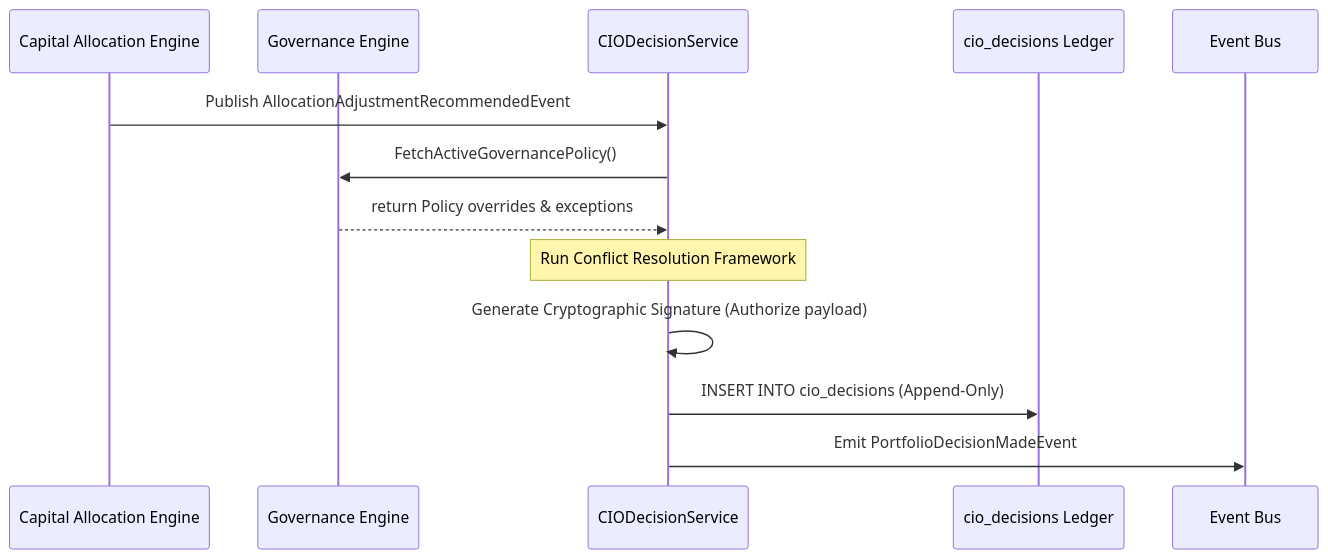
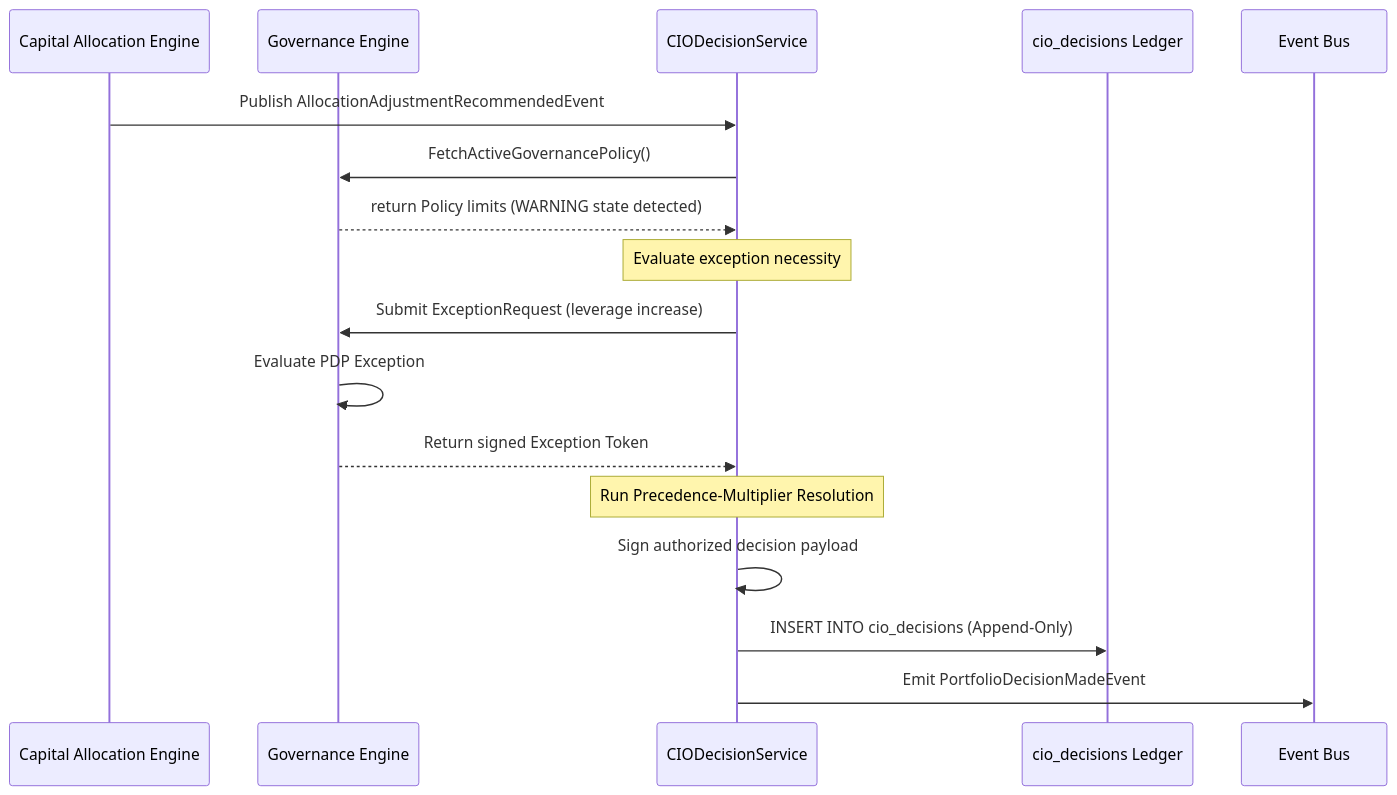
The second of 3 diagrams in docs/architecture/22-cio-engine.md (skeithnight/karsa), drawn with Mermaid before and after one commit. The commit also changed other lines of this file and 55 other files, not shown here.

````diff
--- a/docs/architecture/22-cio-engine.md
+++ b/docs/architecture/22-cio-engine.md
@@ -280,16 +217,20 @@
 ```mermaid
 sequenceDiagram
     participant CA as Capital Allocation Engine
     participant GE as Governance Engine
     participant CS as CIODecisionService
     participant DL as cio_decisions Ledger
     participant Bus as Event Bus
     
     CA->>CS: Publish AllocationAdjustmentRecommendedEvent
     CS->>GE: FetchActiveGovernancePolicy()
-    GE-->>CS: return Policy overrides & exceptions
-    Note over CS: Run Conflict Resolution Framework
-    CS->>CS: Generate Cryptographic Signature (Authorize payload)
+    GE-->>CS: return Policy limits (WARNING state detected)
+    Note over CS: Evaluate exception necessity
+    CS->>GE: Submit ExceptionRequest (leverage increase)
+    GE->>GE: Evaluate PDP Exception
+    GE-->>CS: Return signed Exception Token
+    Note over CS: Run Precedence-Multiplier Resolution
+    CS->>CS: Sign authorized decision payload
     CS->>DL: INSERT INTO cio_decisions (Append-Only)
     CS->>Bus: Emit PortfolioDecisionMadeEvent
 ```
````
